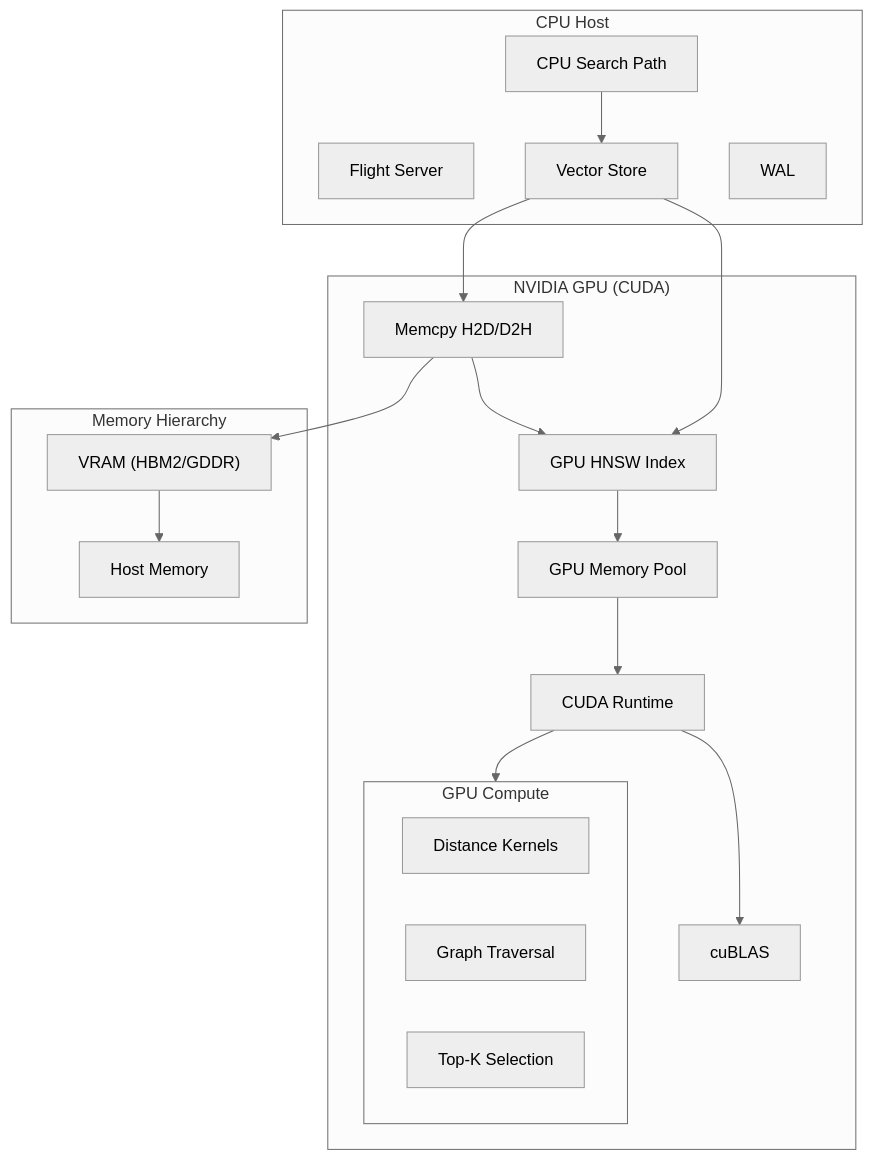
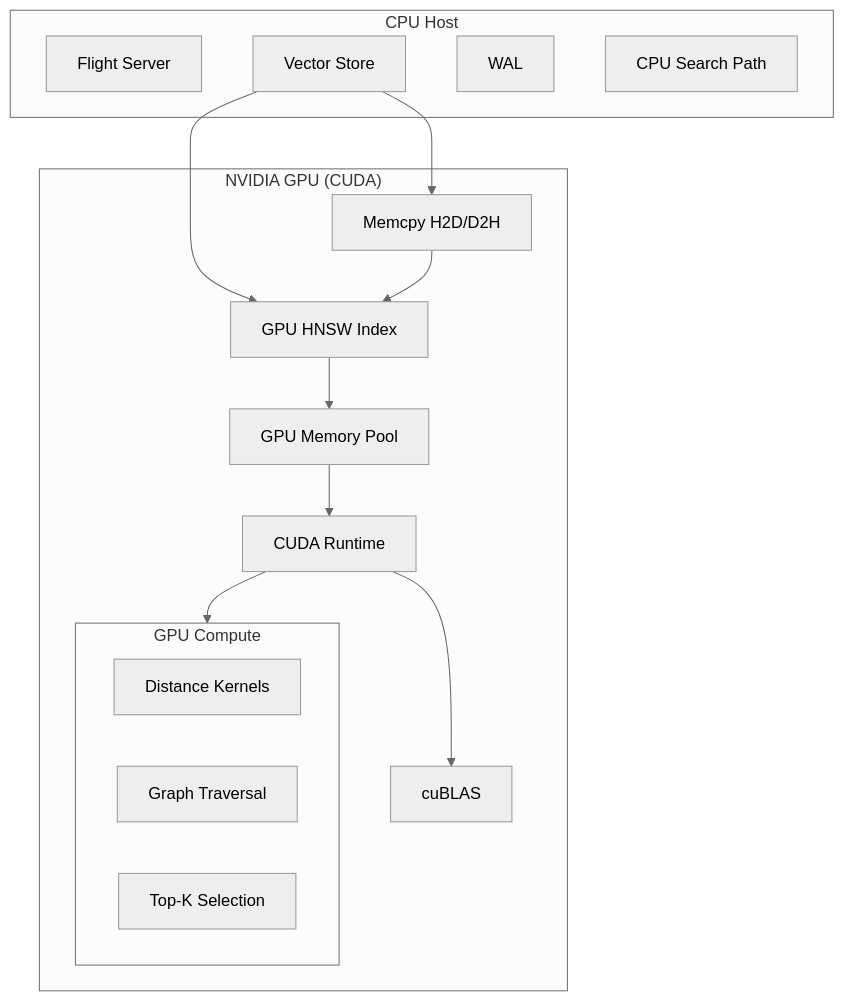
The second of 4 diagrams in docs/architecture.md (23skdu/longbow), drawn with Mermaid (neutral theme) before and after one commit. The commit also changed other lines of this file and 16 other files, not shown here.

````diff
--- a/docs/architecture.md
+++ b/docs/architecture.md
@@ -83,41 +102,32 @@
 ```mermaid
 graph TB
     subgraph Host["CPU Host"]
         FlightSrv["Flight Server"]
         VectorStore["Vector Store"]
         WAL["WAL"]
         CPUSearch["CPU Search Path"]
     end
 
     subgraph GPU["NVIDIA GPU (CUDA)"]
         GPUIndex["GPU HNSW Index"]
         GPUMem["GPU Memory Pool"]
         CUDA["CUDA Runtime"]
         cuBLAS["cuBLAS"]
         Memcpy["Memcpy H2D/D2H"]
         
         subgraph GPUCompute["GPU Compute"]
             Distance["Distance Kernels"]
             GraphTraverse["Graph Traversal"]
             TopK["Top-K Selection"]
         end
     end
 
-    subgraph Memory["Memory Hierarchy"]
-        HostMem["Host Memory"]
-        VRAM["VRAM (HBM2/GDDR)"]
-    end
-
     VectorStore --> GPUIndex
     GPUIndex --> GPUMem
     GPUMem --> CUDA
     CUDA --> cuBLAS
     CUDA --> GPUCompute
     
     VectorStore --> Memcpy
     Memcpy --> GPUIndex
-    Memcpy --> VRAM
-    VRAM --> HostMem
-    
-    CPUSearch --> VectorStore
 ```
````
